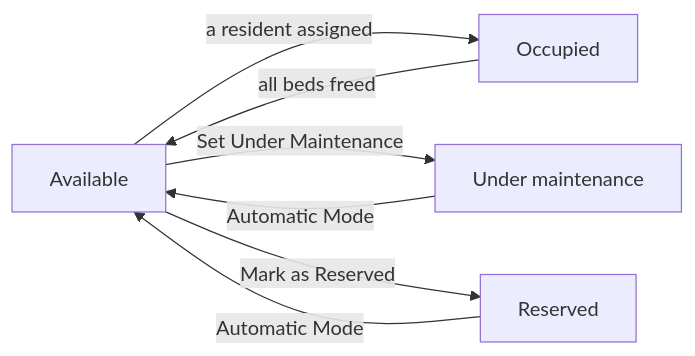
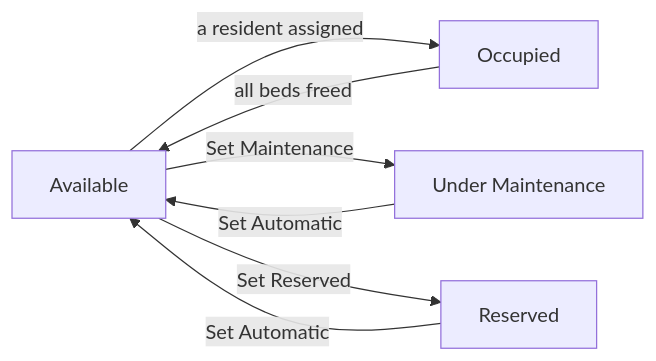
Before and after one commit to lplg-europe/resthome-documentation: the diagram in content/residents/chambres.md, drawn with Mermaid. The commit also changed other lines of this file and 861 other files, not shown here.

````diff
--- a/content/residents/chambres.md
+++ b/content/residents/chambres.md
@@ -151,9 +159,9 @@
 ```mermaid
 graph LR
   A[Available] -->|a resident assigned| B[Occupied]
   B -->|all beds freed| A
-  A -->|Set Under Maintenance| C[Under maintenance]
-  A -->|Mark as Reserved| D[Reserved]
-  C -->|Automatic Mode| A
-  D -->|Automatic Mode| A
+  A -->|Set Maintenance| C[Under Maintenance]
+  A -->|Set Reserved| D[Reserved]
+  C -->|Set Automatic| A
+  D -->|Set Automatic| A
 ```
````
